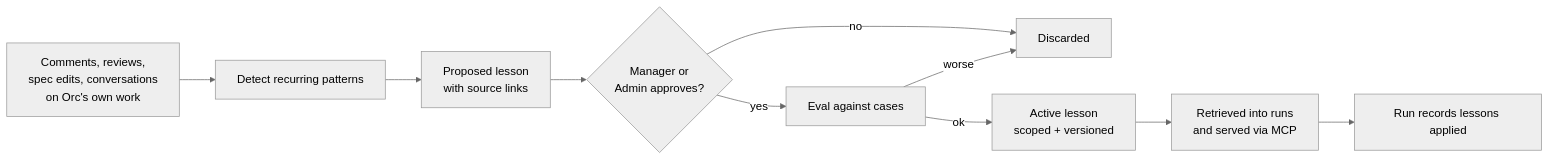
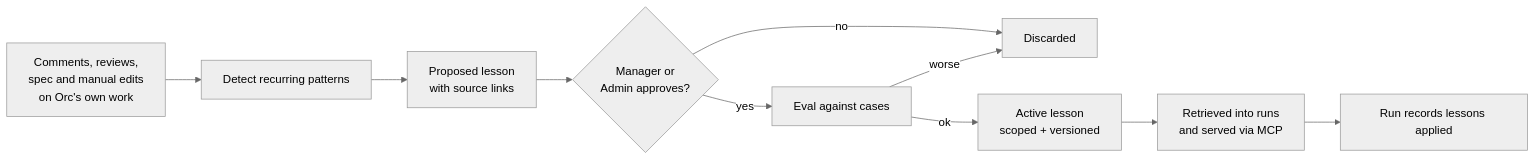
The fourth of 4 diagrams in docs/architecture.md (joshevensen/orc), drawn with Mermaid (neutral theme) before and after one commit. The commit also changed other lines of this file and 5 other files, not shown here.

````diff
--- a/docs/architecture.md
+++ b/docs/architecture.md
@@ -221,12 +221,12 @@
 ```mermaid
 flowchart LR
-  SRC[Comments, reviews,<br/>spec edits, conversations<br/>on Orc's own work] --> DET[Detect recurring patterns]
+  SRC[Comments, reviews,<br/>spec and manual edits<br/>on Orc's own work] --> DET[Detect recurring patterns]
   DET --> PROP[Proposed lesson<br/>with source links]
   PROP --> APPR{Manager or<br/>Admin approves?}
   APPR -- no --> X[Discarded]
   APPR -- yes --> EVAL[Eval against cases]
   EVAL -- worse --> X
   EVAL -- ok --> LIVE[Active lesson<br/>scoped + versioned]
   LIVE --> USE[Retrieved into runs<br/>and served via MCP]
   USE --> TRACE[Run records lessons applied]
 ```
````
